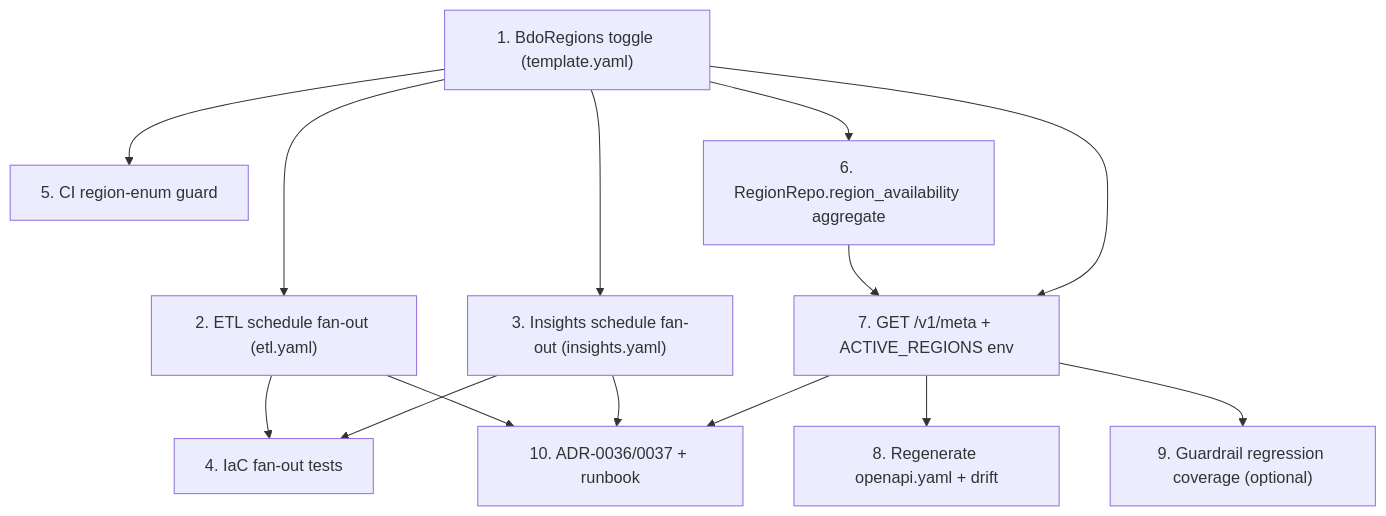
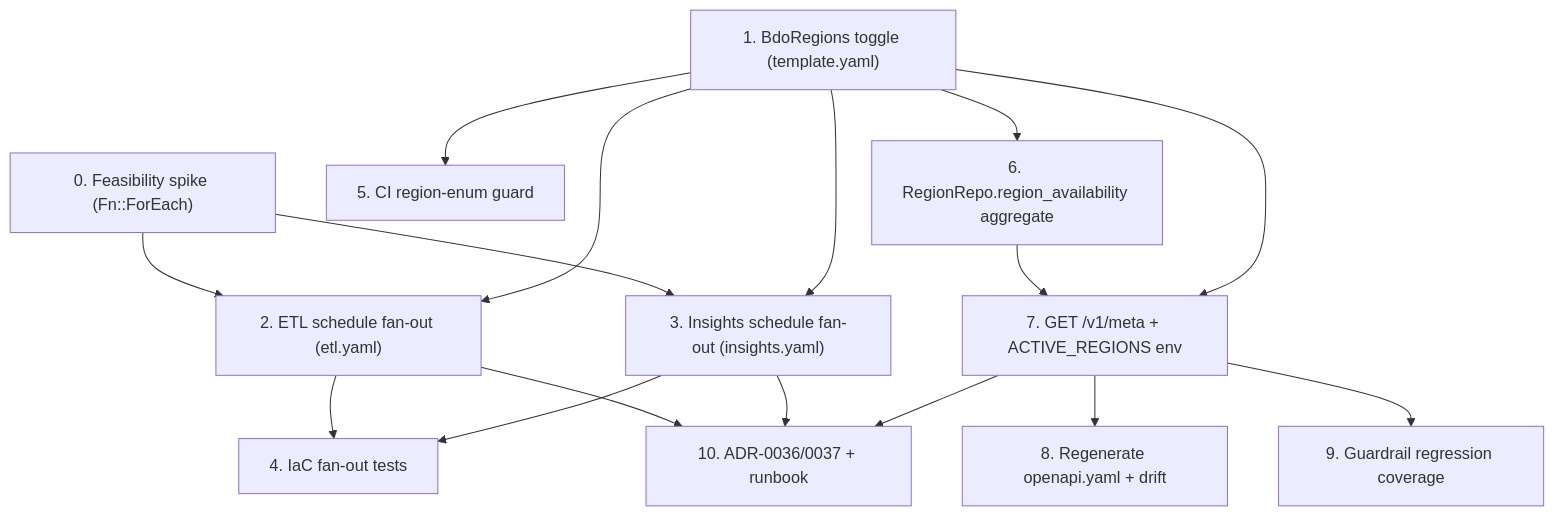
One commit to RyanYCT/bdo-market-insights changed the diagram in .kiro/specs/multi-region-readiness/tasks.md. Above: the diagram before and after it, drawn with Mermaid. The commit also changed other lines of this file and 2 other files, not shown here.

````diff
--- a/.kiro/specs/multi-region-readiness/tasks.md
+++ b/.kiro/specs/multi-region-readiness/tasks.md
@@ -156,27 +178,30 @@
 ```mermaid
 flowchart TD
+    T0["0. Feasibility spike (Fn::ForEach)"]
     T1["1. BdoRegions toggle (template.yaml)"]
     T2["2. ETL schedule fan-out (etl.yaml)"]
     T3["3. Insights schedule fan-out (insights.yaml)"]
     T4["4. IaC fan-out tests"]
     T5["5. CI region-enum guard"]
     T6["6. RegionRepo.region_availability aggregate"]
     T7["7. GET /v1/meta + ACTIVE_REGIONS env"]
     T8["8. Regenerate openapi.yaml + drift"]
-    T9["9. Guardrail regression coverage (optional)"]
+    T9["9. Guardrail regression coverage"]
     T10["10. ADR-0036/0037 + runbook"]
 
+    T0 --> T2
+    T0 --> T3
     T1 --> T2
     T1 --> T3
     T2 --> T4
     T3 --> T4
     T1 --> T5
     T1 --> T6
     T6 --> T7
     T1 --> T7
     T7 --> T8
     T7 --> T9
     T2 --> T10
     T3 --> T10
     T7 --> T10
 ```
````
